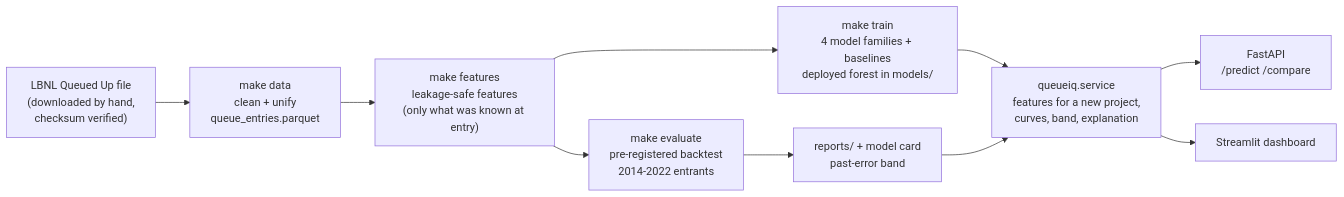
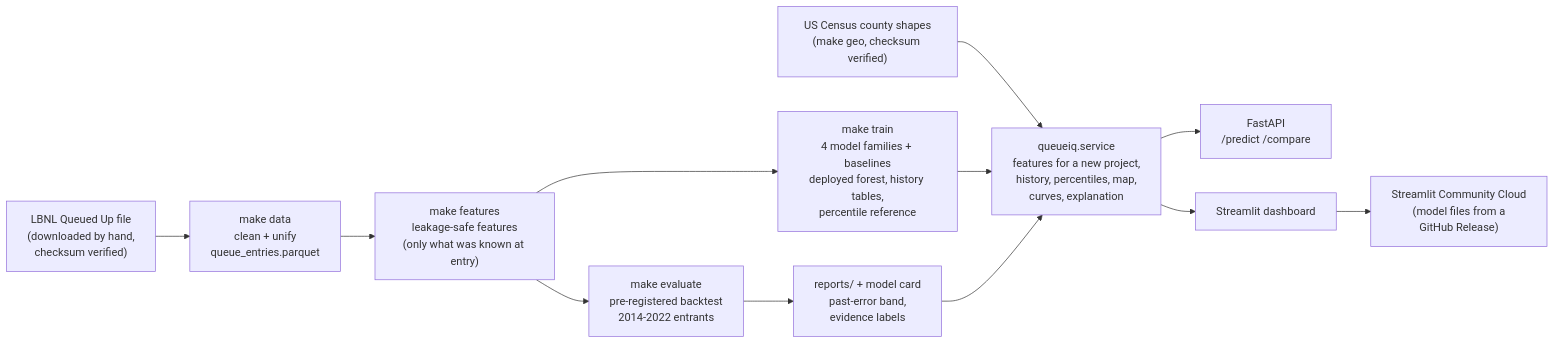
Before and after one commit to sheershh/QueueIQ: the diagram in README.md, drawn with Mermaid. The commit also changed other lines of this file and 2 other files, not shown here.

Commit message:
Docs: live app link, updated architecture diagram, redistribution notes, next steps

````diff
--- a/README.md
+++ b/README.md
@@ -103,12 +106,14 @@
 ```mermaid
 flowchart LR
   raw["LBNL Queued Up file<br/>(downloaded by hand,<br/>checksum verified)"] --> data["make data<br/>clean + unify<br/>queue_entries.parquet"]
   data --> feats["make features<br/>leakage-safe features<br/>(only what was known at entry)"]
-  feats --> train["make train<br/>4 model families + baselines<br/>deployed forest in models/"]
+  feats --> train["make train<br/>4 model families + baselines<br/>deployed forest, history tables,<br/>percentile reference"]
   feats --> evalp["make evaluate<br/>pre-registered backtest<br/>2014-2022 entrants"]
-  evalp --> reports["reports/ + model card<br/>past-error band"]
-  train --> svc["queueiq.service<br/>features for a new project,<br/>curves, band, explanation"]
+  evalp --> reports["reports/ + model card<br/>past-error band,<br/>evidence labels"]
+  census["US Census county shapes<br/>(make geo, checksum verified)"] --> svc
+  train --> svc["queueiq.service<br/>features for a new project,<br/>history, percentiles, map,<br/>curves, explanation"]
   reports --> svc
   svc --> api["FastAPI<br/>/predict /compare"]
   svc --> app["Streamlit dashboard"]
+  app --> cloud["Streamlit Community Cloud<br/>(model files from a<br/>GitHub Release)"]
 ```
````
